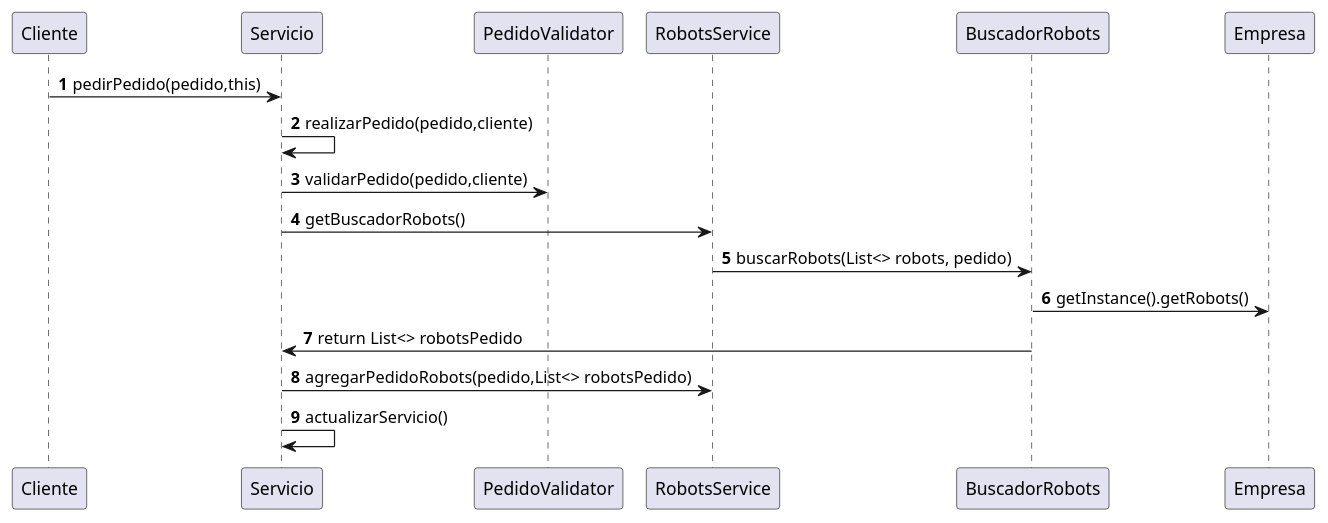
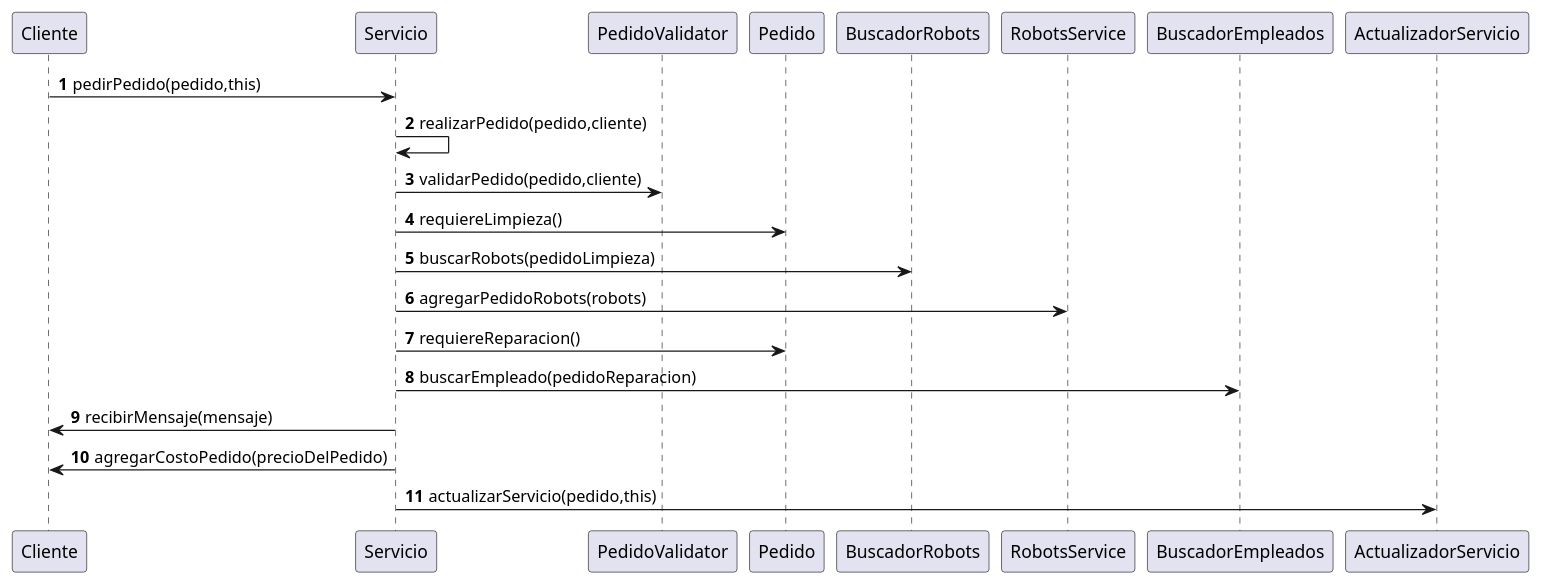
The diagram in src/main/java/com/grupo4/trabajo/Diagramas/diagrama_secuencia_realizarPedido.puml (bacarvalho/TrabajoPractico), drawn with PlantUML before and after one commit. The commit also changed 3 other files, not shown here.

Commit message:
fix buscadorEmpleados

```diff
--- a/src/main/java/com/grupo4/trabajo/Diagramas/diagrama_secuencia_realizarPedido.puml
+++ b/src/main/java/com/grupo4/trabajo/Diagramas/diagrama_secuencia_realizarPedido.puml
@@ -1,18 +1,20 @@
 @startuml
 'https://plantuml.com/sequence-diagram
 
 autonumber
 
 Cliente -> Servicio: pedirPedido(pedido,this)
 Servicio-> Servicio: realizarPedido(pedido,cliente)
 Servicio-> PedidoValidator: validarPedido(pedido,cliente)
-Servicio-> RobotsService: getBuscadorRobots()
-RobotsService -> BuscadorRobots: buscarRobots(List<> robots, pedido)
-BuscadorRobots -> Empresa: getInstance().getRobots()
-BuscadorRobots -> Servicio: return List<> robotsPedido
-Servicio -> RobotsService: agregarPedidoRobots(pedido,List<> robotsPedido)
-Servicio -> Servicio: actualizarServicio()
+Servicio-> Pedido : requiereLimpieza()
+Servicio-> BuscadorRobots: buscarRobots(pedidoLimpieza)
+Servicio-> RobotsService: agregarPedidoRobots(robots)
+Servicio-> Pedido: requiereReparacion()
+Servicio-> BuscadorEmpleados: buscarEmpleado(pedidoReparacion)
+Servicio-> Cliente: recibirMensaje(mensaje)
+Servicio-> Cliente: agregarCostoPedido(precioDelPedido)
+Servicio-> ActualizadorServicio: actualizarServicio(pedido,this)
 
 
 
 @enduml
```
